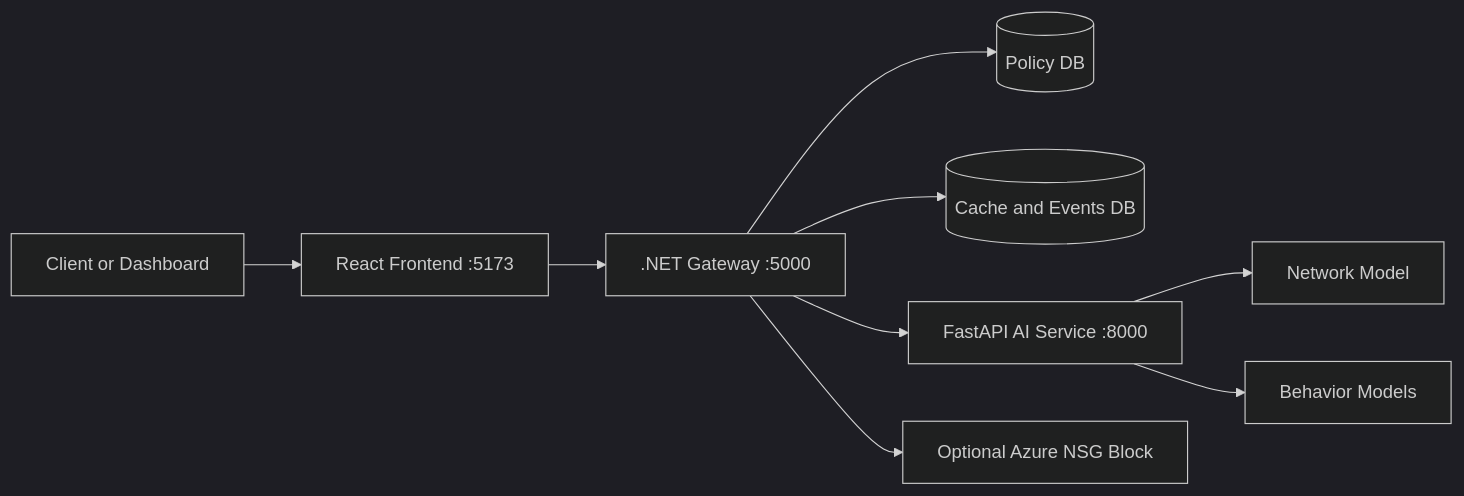
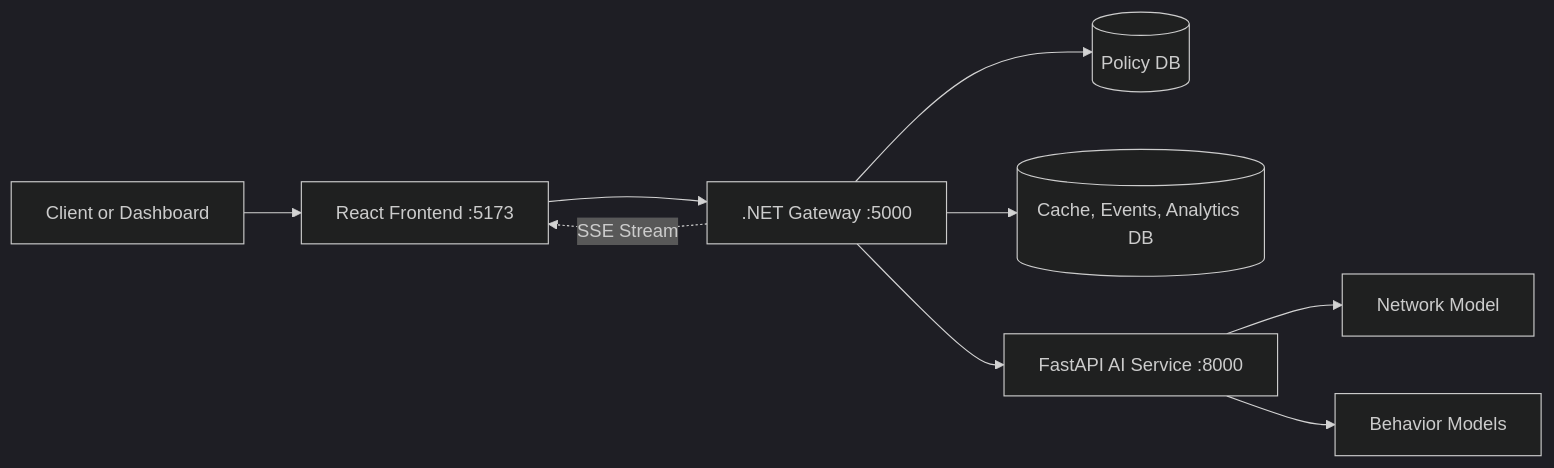
One commit to captainprice27/ZTA changed the diagram in README.md. Above: the diagram before and after it, drawn with Mermaid (dark theme). The commit also changed other lines of this file and 26 other files, not shown here.

````diff
--- a/README.md
+++ b/README.md
@@ -29,11 +29,11 @@
 ```mermaid
 flowchart LR
     U[Client or Dashboard] --> W[React Frontend :5173]
     W --> G[.NET Gateway :5000]
     G --> P[(Policy DB)]
-    G --> C[(Cache and Events DB)]
+    G --> C[(Cache, Events, Analytics DB)]
     G --> A[FastAPI AI Service :8000]
     A --> N[Network Model]
     A --> B[Behavior Models]
-    G --> X[Optional Azure NSG Block]
+    G -.->|SSE Stream| W
 ```
````
